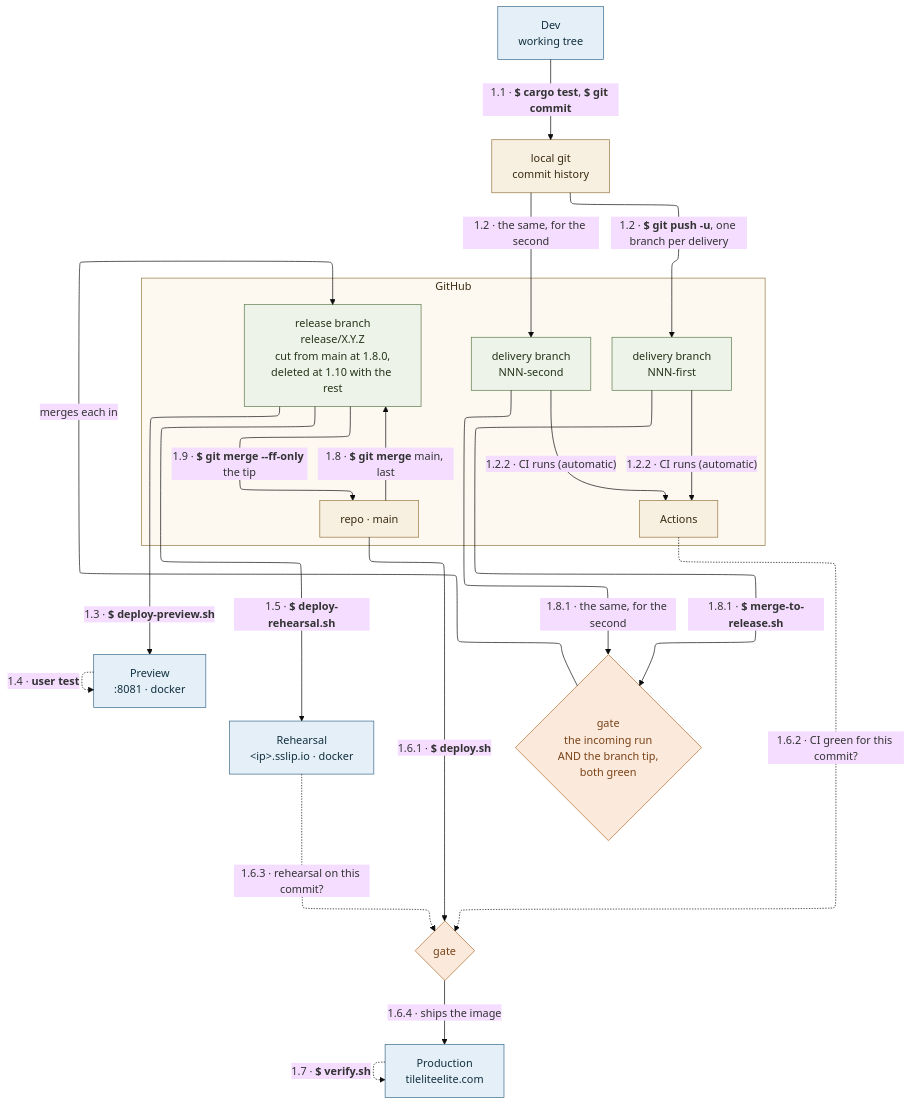
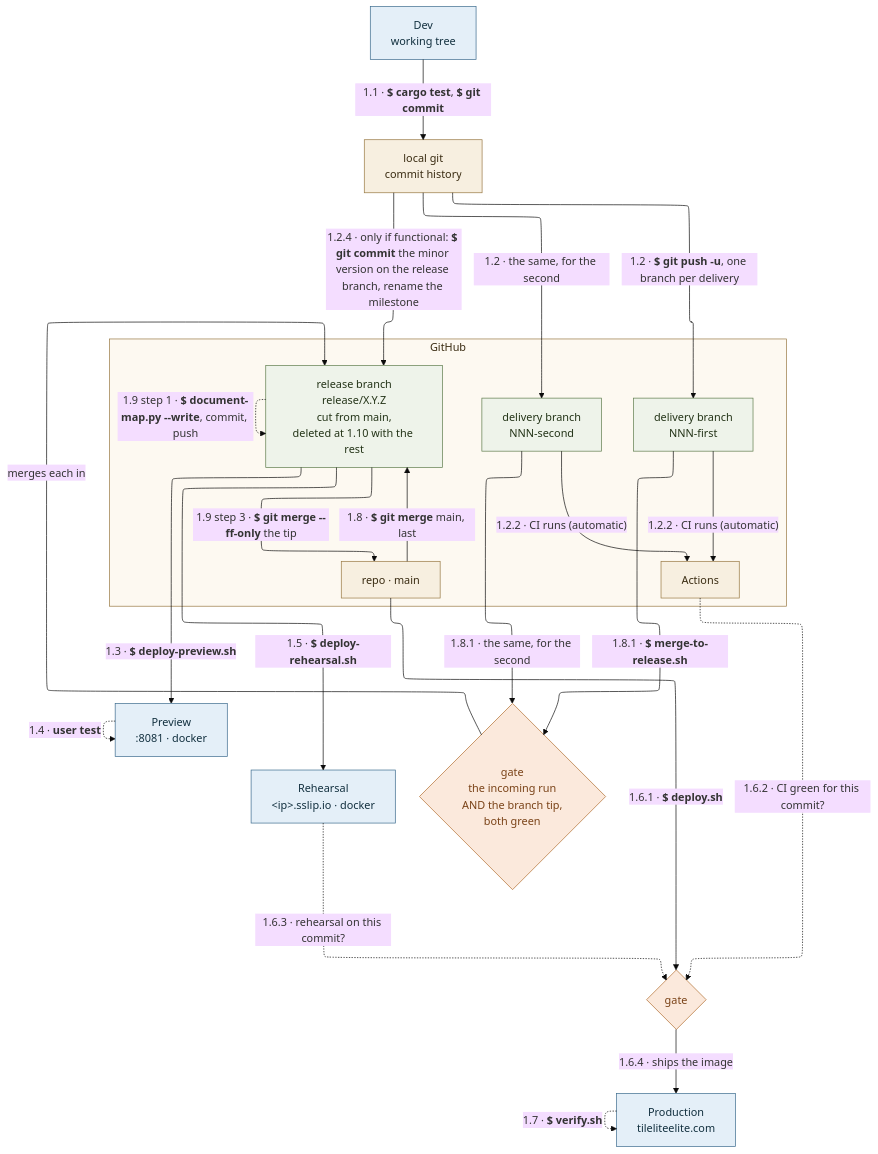
One commit to delphside/tile-lite-elite changed the diagram in docs/diagrams/flavour-d-multi-delivery-release.mmd. Above: the diagram before and after it, drawn with Mermaid (base theme). The commit also changed 4 other files, not shown here.

```diff
--- a/docs/diagrams/flavour-d-multi-delivery-release.mmd
+++ b/docs/diagrams/flavour-d-multi-delivery-release.mmd
@@ -1,86 +1,89 @@
 ---
 config:
   layout: elk
   elk:
     nodePlacementStrategy: BRANDES_KOEPF
 ---
 flowchart TB
     %% Since D55 (#388) this is the EXCEPTION, not the default.
     %% A release branch is for a release that must stabilise while main
     %% moves on -- several projects proven as a set, or a release held
     %% while other work continues. A single proven delivery uses flavour
     %% C and fast-forwards main directly, because main accumulates.
     %% .
     %% The cost this avoids is 1.8: keeping a release branch current
     %% against a main that moves constantly with documentation and
     %% tooling changes.
     %% Flavour D — a release carrying several deliveries. docs/4.3.3, the
     %% flavours table: 1.1 and 1.2 per delivery, then 1.8.1 to merge each in,
-    %% 1.8 to sync, then 1.3, 1.4, 1.5, 1.9, 1.6, 1.7, 1.10.
+    %% 1.8 to sync, 1.2.4 if functional, 1.9 step 1, then 1.3, 1.4, 1.5,
+    %% 1.9 step 3, 1.6, 1.7, 1.10.
     %% .
     %% The only difference from C is where the gathering happens. One
     %% delivery fast-forwards main directly; several are gathered on a
     %% release branch first and the branch tip is what is proved. Everything
     %% from 1.3 onwards is identical to C.
     %% .
     %% 1.8.1 is a gate, not a merge command: merge-to-release.sh judges the
     %% incoming pull request's run AND the release branch's current tip, and
     %% a missing run refuses. What it reads is in its own label rather than
     %% drawn as an arrow from Actions: that edge pulled the gate down beside
     %% Actions, and its merge into the release branch then wrapped the whole
     %% diagram to climb back. That is the point of the flavour — each
     %% delivery joins a branch that is known green, rather than several
     %% arriving on main and being sorted out afterwards.
     %% .
     %% 1.8 syncs with main LAST, immediately before rehearsing, so anything
     %% that landed on main while the release was being gathered is in what
     %% gets proved.
     %% .
     %% Two delivery branches are drawn because two is what makes the flavour
     %% different from C. Three or more add nothing to the picture.
     %% .
-    %% Cutting the branch (1.8.0) and deleting it (1.10) are in the release
+    %% Cutting the branch and deleting it (1.10) are in the release
     %% branch's own label rather than drawn as arrows from main. Both are
     %% housekeeping at the ends of the flavour, and as edges they wrapped the
     %% whole diagram to reach a node that already sits below main.
     DEV["Dev<br/>working tree"]
     LG["local git<br/>commit history"]
     subgraph GH["GitHub"]
         MAIN["repo · main"]
         ACT["Actions"]
         BR1["delivery branch<br/>NNN-first"]
         BR2["delivery branch<br/>NNN-second"]
-        REL["release branch<br/>release/X.Y.Z<br/>cut from main at 1.8.0,<br/>deleted at 1.10 with the rest"]
+        REL["release branch<br/>release/X.Y.Z<br/>cut from main,<br/>deleted at 1.10 with the rest"]
     end
     STG["Preview<br/>:8081 · docker"]
     REH["Rehearsal<br/>&lt;ip&gt;.sslip.io · docker"]
     PROD["Production<br/>tileliteelite.com"]
 
     DEV -->|"`1.1 · **$ cargo test**, **$ git commit**`"| LG
     LG -->|"`1.2 · **$ git push -u**, one branch per delivery`"| BR1
     LG -->|"1.2 · the same, for the second"| BR2
     BR1 -->|"1.2.2 · CI runs (automatic)"| ACT
     BR2 -->|"1.2.2 · CI runs (automatic)"| ACT
     BR1 -->|"`1.8.1 · **$ merge-to-release.sh**`"| MG{"gate<br/>the incoming run<br/>AND the branch tip,<br/>both green"}
     BR2 -->|"`1.8.1 · the same, for the second`"| MG
     MG -->|"merges each in"| REL
     MAIN -->|"`1.8 · **$ git merge** main, last`"| REL
+    LG -->|"`1.2.4 · only if functional: **$ git commit** the minor version on the release branch, rename the milestone`"| REL
+    REL -.->|"`1.9 step 1 · **$ document-map.py --write**, commit, push`"| REL
     REL -->|"`1.3 · **$ deploy-preview.sh**`"| STG
     STG -.->|"`1.4 · **user test**`"| STG
     REL -->|"`1.5 · **$ deploy-rehearsal.sh**`"| REH
-    REL -->|"`1.9 · **$ git merge --ff-only** the tip`"| MAIN
+    REL -->|"`1.9 step 3 · **$ git merge --ff-only** the tip`"| MAIN
     MAIN -->|"`1.6.1 · **$ deploy.sh**`"| GATE{"gate"}
     ACT -.->|"1.6.2 · CI green for this commit?"| GATE
     REH -.->|"1.6.3 · rehearsal on this commit?"| GATE
     GATE -->|"1.6.4 · ships the image"| PROD
     PROD -.->|"`1.7 · **$ verify.sh**`"| PROD
 
     classDef gate fill:#fbe9dc,stroke:#b06a2c,color:#7a4318
     classDef env fill:#e4eff8,stroke:#39698c,color:#12303f
     classDef repo fill:#f7efe0,stroke:#96763f,color:#3a2c12
     classDef branch fill:#eef3ea,stroke:#5c7a4a,color:#243418
     class DEV,STG,REH,PROD env
     class LG,MAIN,ACT repo
     class BR1,BR2,REL branch
     class MG,GATE gate
     style GH fill:#fdf9f1,stroke:#96763f,color:#3a2c12
```
